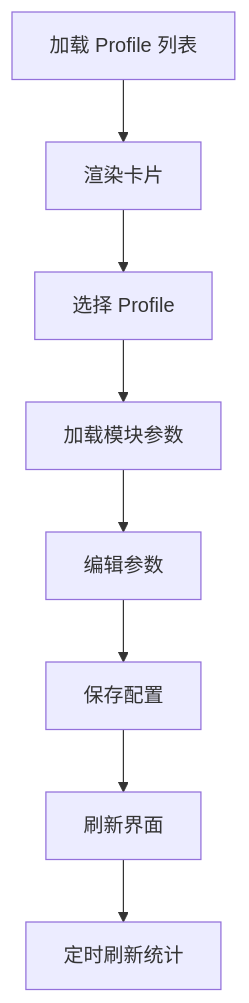
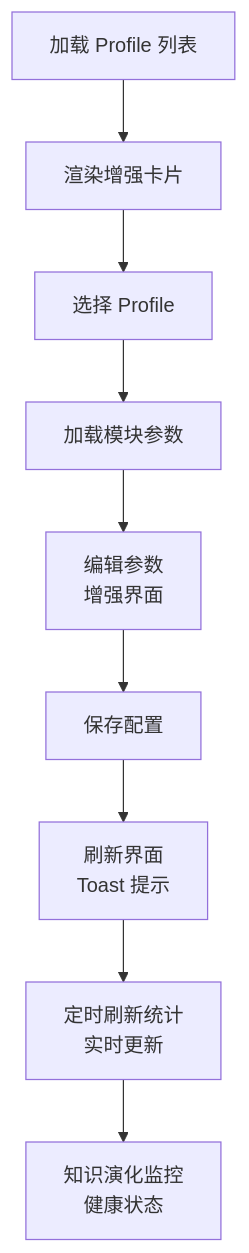
One commit to JieGaoPrinceton/NecoRAG changed the sixth of 7 diagrams in .qoder/repowiki/zh/content/仪表板系统/仪表板系统.md. Above: the diagram before and after it, drawn with Mermaid. The commit also changed other lines of this file and 12 other files, not shown here.

````diff
--- a/.qoder/repowiki/zh/content/仪表板系统/仪表板系统.md
+++ b/.qoder/repowiki/zh/content/仪表板系统/仪表板系统.md
@@ -268,10 +363,11 @@
 ```mermaid
 flowchart TD
-LoadProfiles["加载 Profile 列表"] --> Render["渲染卡片"]
+LoadProfiles["加载 Profile 列表"] --> Render["渲染增强卡片"]
 Render --> Select["选择 Profile"]
 Select --> LoadParams["加载模块参数"]
-LoadParams --> Edit["编辑参数"]
+LoadParams --> Edit["编辑参数<br/>增强界面"]
 Edit --> Save["保存配置"]
-Save --> Refresh["刷新界面"]
-Refresh --> LoadStats["定时刷新统计"]
+Save --> Refresh["刷新界面<br/>Toast 提示"]
+Refresh --> LoadStats["定时刷新统计<br/>实时更新"]
+LoadStats --> Knowledge["知识演化监控<br/>健康状态"]
 ```
````
